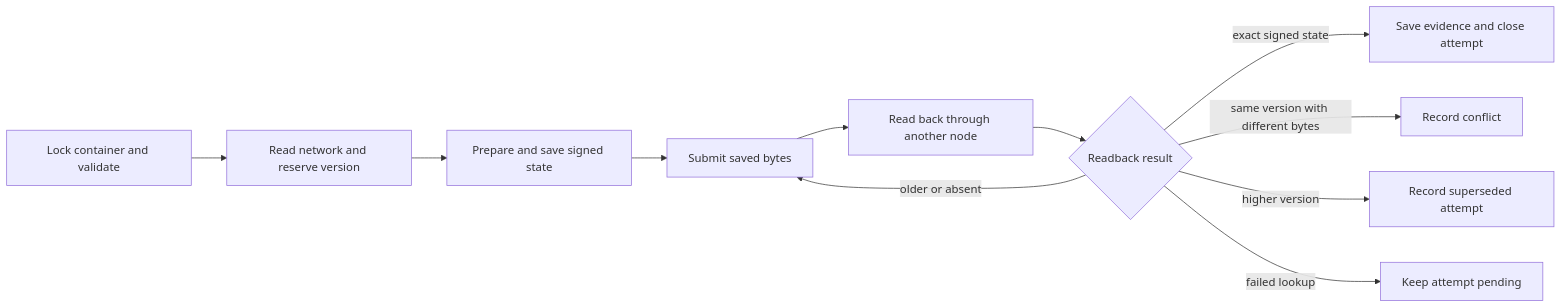
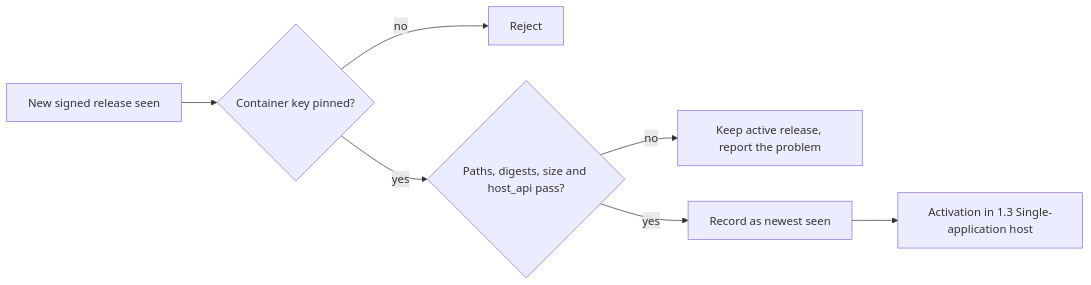
The diagram in 1-freenet-mobile-appkit/04-bundles.md (EVY-Platform/evy-freenet-plans), drawn with Mermaid before and after one commit. The commit also changed other lines of this file and 34 other files, not shown here.

````diff
--- a/1-freenet-mobile-appkit/04-bundles.md
+++ b/1-freenet-mobile-appkit/04-bundles.md
@@ -176,13 +150,9 @@
 ```mermaid
 flowchart LR
-    A[Lock container and validate] --> B[Read network and reserve version]
-    B --> C[Prepare and save signed state]
-    C --> D[Submit saved bytes]
-    D --> E[Read back through another node]
-    E --> F{Readback result}
-    F -- exact signed state --> G[Save evidence and close attempt]
-    F -- older or absent --> D
-    F -- same version with different bytes --> H[Record conflict]
-    F -- higher version --> I[Record superseded attempt]
-    F -- failed lookup --> J[Keep attempt pending]
+    A[New signed release seen] --> B{Container key pinned?}
+    B -- no --> X[Reject]
+    B -- yes --> C{Paths, digests, size and host_api pass?}
+    C -- no --> Y[Keep active release, report the problem]
+    C -- yes --> D[Record as newest seen]
+    D --> E[Activation in 1.3 Single-application host]
 ```
````
